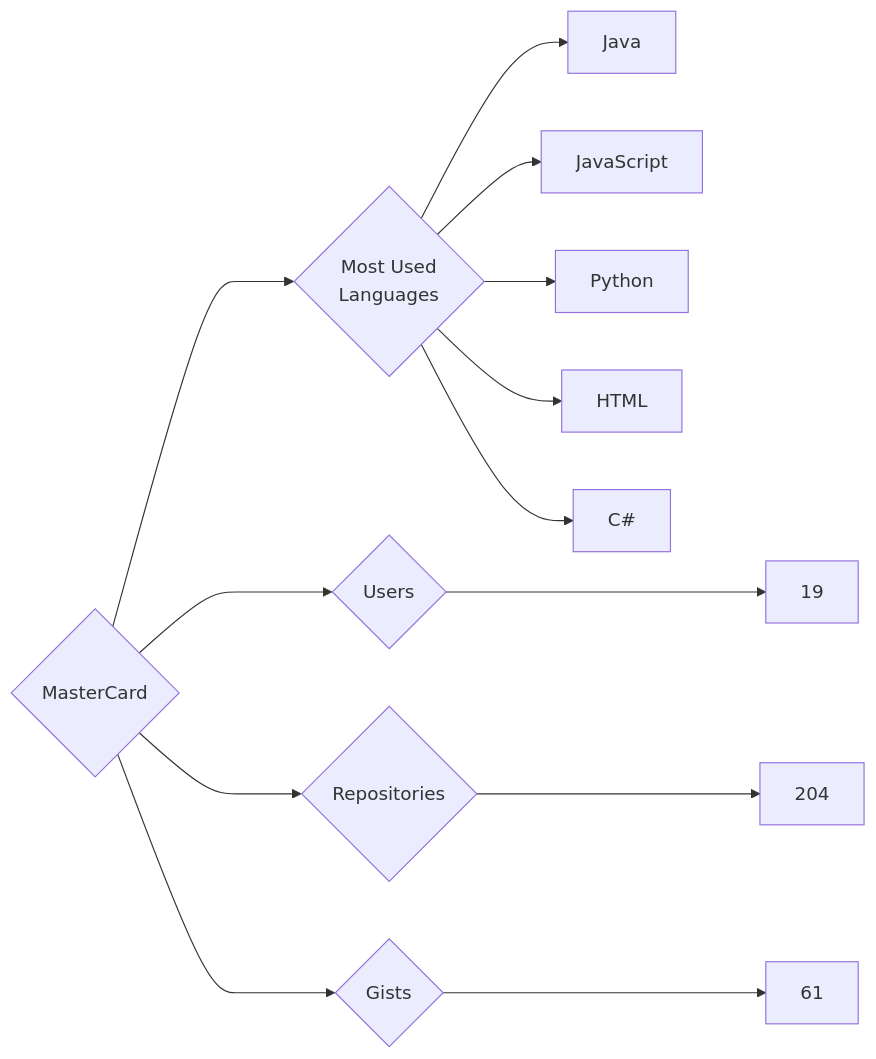
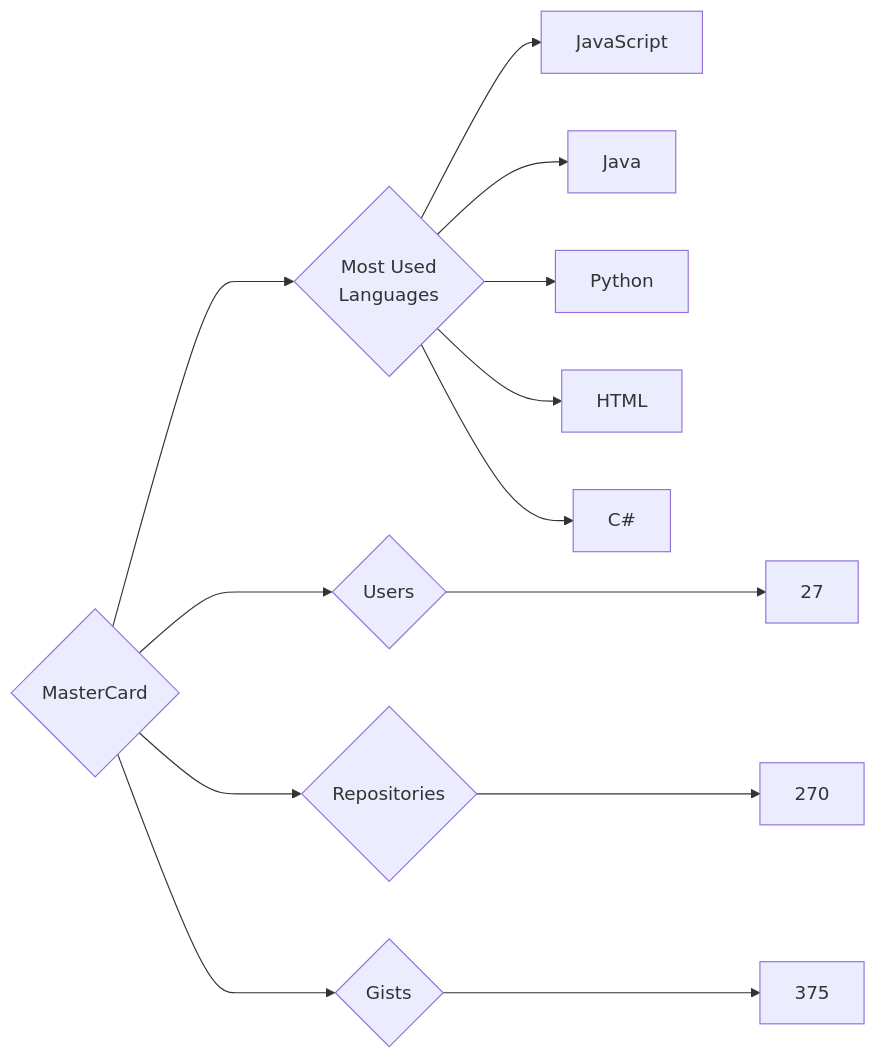
One commit to trickest/insiders changed the diagram in targets/MasterCard/README.md. Above: the diagram before and after it, drawn with Mermaid. The commit also changed 898 other files, not shown here.

````diff
--- a/targets/MasterCard/README.md
+++ b/targets/MasterCard/README.md
@@ -3,13 +3,13 @@
 ```mermaid
 graph LR
 COMPANY_NAME{MasterCard}
-COMPANY_NAME ---> U{Users} ---> UN[19]
-COMPANY_NAME ---> R{Repositories} ---> RN[204]
-COMPANY_NAME ---> G{Gists} ---> GN[61]
+COMPANY_NAME ---> U{Users} ---> UN[27]
+COMPANY_NAME ---> R{Repositories} ---> RN[270]
+COMPANY_NAME ---> G{Gists} ---> GN[375]
 COMPANY_NAME ---> ML{Most Used<br>Languages}
+ML --> JavaScript[JavaScript]
 ML --> Java[Java]
-ML --> JavaScript[JavaScript]
 ML --> Python[Python]
 ML --> HTML[HTML]
 ML --> C#[C#]
 ```
````
